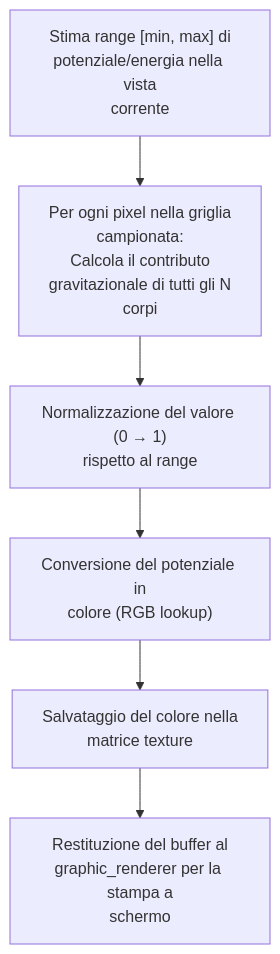
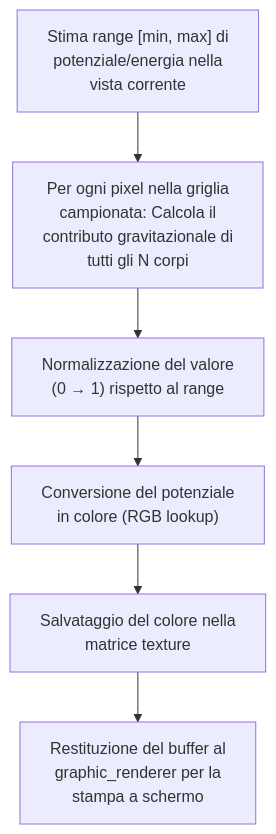
Before and after one commit to alessandro-pioli/AstroCausal_Engine: the fifth of 11 diagrams in ARCHITECTURE_DEEP_DIVE.it.md, drawn with Mermaid. The commit also changed other lines of this file and 2 other files, not shown here.

Commit message:
docs: leggibilita dei diagrammi e igiene del gitignore

````diff
--- a/ARCHITECTURE_DEEP_DIVE.it.md
+++ b/ARCHITECTURE_DEEP_DIVE.it.md
@@ -462,8 +462,8 @@
 ```mermaid
 flowchart TD
-    A["Stima range [min, max] di<br/>potenziale/energia nella vista<br/>corrente"] --> B["Per ogni pixel nella griglia<br/>campionata:<br/>Calcola il contributo<br/>gravitazionale di tutti gli N<br/>corpi"]
-    B --> C["Normalizzazione del valore (0 → 1)<br/>rispetto al range"]
-    C --> D["Conversione del potenziale in<br/>colore (RGB lookup)"]
+    A["Stima range [min, max] di<br/>potenziale/energia nella<br/>vista corrente"] --> B["Per ogni pixel nella griglia<br/>campionata: Calcola il<br/>contributo gravitazionale di<br/>tutti gli N corpi"]
+    B --> C["Normalizzazione del valore<br/>(0 → 1) rispetto al range"]
+    C --> D["Conversione del potenziale<br/>in colore (RGB lookup)"]
     D --> E["Salvataggio del colore nella<br/>matrice texture"]
-    E --> F["Restituzione del buffer al<br/>graphic_renderer per la stampa a<br/>schermo"]
+    E --> F["Restituzione del buffer al<br/>graphic_renderer per la<br/>stampa a schermo"]
 ```
````
